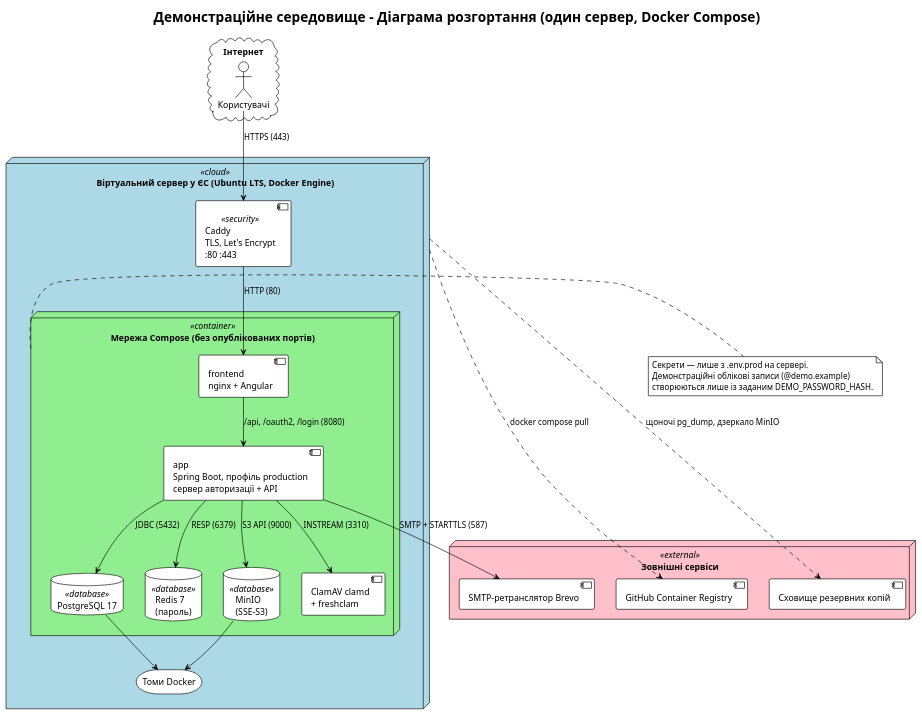
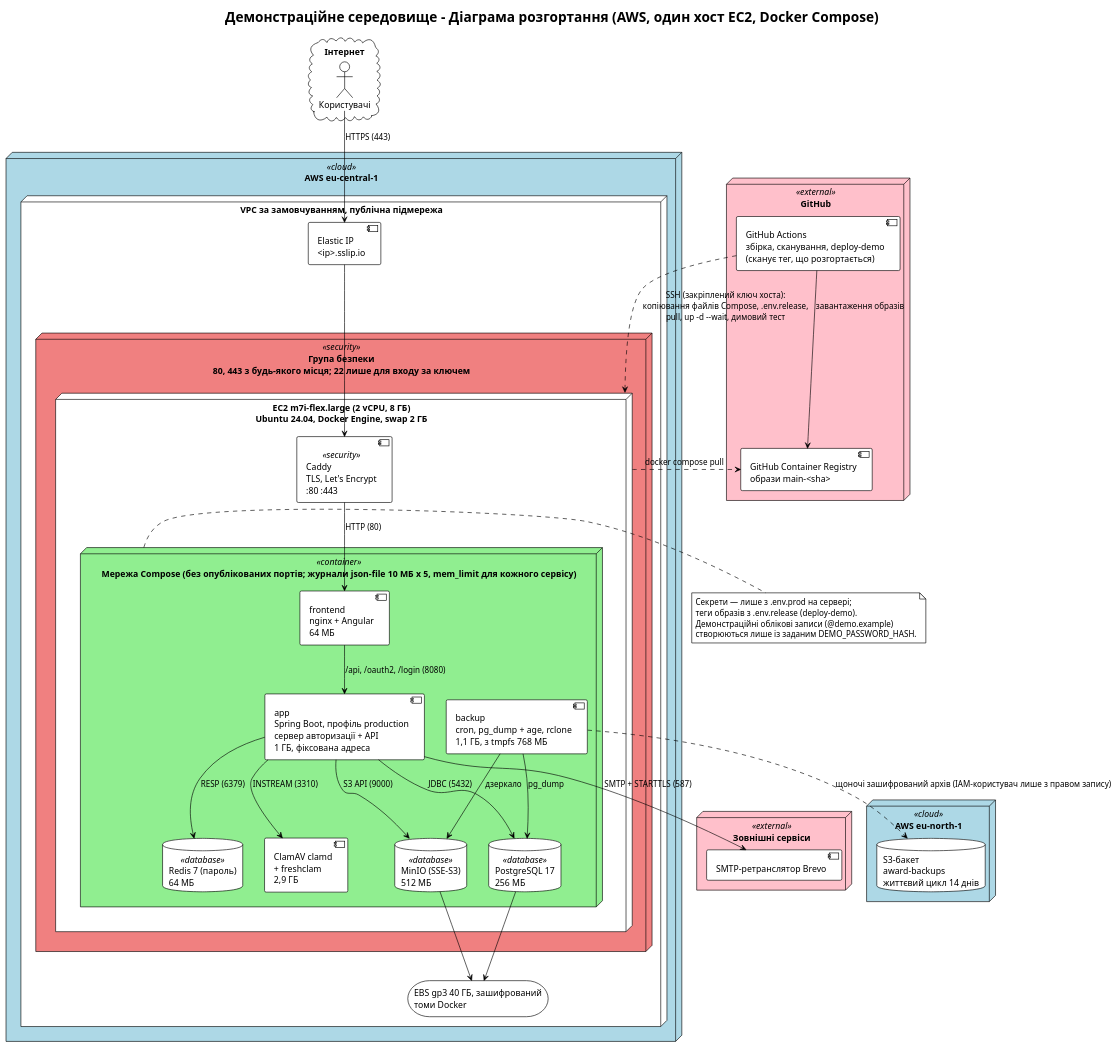
The diagram in docs/ua/diagrams/deployment-demo.puml (StKostyk/award-monitoring-system), drawn with PlantUML before and after one commit. The commit also changed 13 other files, not shown here.

First line of the commit message:
feat(deploy): add the demo deploy job, log rotation and memory limits

```diff
--- a/docs/ua/diagrams/deployment-demo.puml
+++ b/docs/ua/diagrams/deployment-demo.puml
@@ -1,63 +1,83 @@
 @startuml Deployment_Demo_UA
 ' =============================================================================
-' Демонстраційне розгортання для захисту дипломної роботи (ADR-021)
+' Демонстраційне розгортання для захисту дипломної роботи (ADR-021, доповнення 2026-11-11)
 ' Система Моніторингу та Відстеження Нагород
 ' =============================================================================
 
 !theme plain
 
 skinparam node {
     BackgroundColor<<cloud>> LightBlue
     BackgroundColor<<container>> LightGreen
     BackgroundColor<<database>> LightYellow
     BackgroundColor<<external>> Pink
     BackgroundColor<<security>> LightCoral
 }
 
-title Демонстраційне середовище - Діаграма розгортання (один сервер, Docker Compose)
+title Демонстраційне середовище - Діаграма розгортання (AWS, один хост EC2, Docker Compose)
 
 cloud "Інтернет" as internet {
     actor "Користувачі" as users
 }
 
-node "Віртуальний сервер у ЄС (Ubuntu LTS, Docker Engine)" <<cloud>> as host {
-    component [Caddy\nTLS, Let's Encrypt\n:80 :443] <<security>> as caddy
+node "AWS eu-central-1" <<cloud>> as region {
+    node "VPC за замовчуванням, публічна підмережа" as vpc {
+        component [Elastic IP\n<ip>.sslip.io] as eip
+        node "Група безпеки\n80, 443 з будь-якого місця; 22 лише для входу за ключем" <<security>> as sg {
+            node "EC2 m7i-flex.large (2 vCPU, 8 ГБ)\nUbuntu 24.04, Docker Engine, swap 2 ГБ" as host {
+                component [Caddy\nTLS, Let's Encrypt\n:80 :443] <<security>> as caddy
 
-    node "Мережа Compose (без опублікованих портів)" <<container>> as net {
-        component [frontend\nnginx + Angular] as frontend
-        component [app\nSpring Boot, профіль production\nсервер авторизації + API] as app
-        database "PostgreSQL 17" <<database>> as postgres
-        database "Redis 7\n(пароль)" <<database>> as redis
-        database "MinIO\n(SSE-S3)" <<database>> as minio
-        component [ClamAV clamd\n+ freshclam] as clamav
+                node "Мережа Compose (без опублікованих портів; журнали json-file 10 МБ x 5, mem_limit для кожного сервісу)" <<container>> as net {
+                    component [frontend\nnginx + Angular\n64 МБ] as frontend
+                    component [app\nSpring Boot, профіль production\nсервер авторизації + API\n1 ГБ, фіксована адреса] as app
+                    database "PostgreSQL 17\n256 МБ" <<database>> as postgres
+                    database "Redis 7 (пароль)\n64 МБ" <<database>> as redis
+                    database "MinIO (SSE-S3)\n512 МБ" <<database>> as minio
+                    component [ClamAV clamd\n+ freshclam\n2,9 ГБ] as clamav
+                    component [backup\ncron, pg_dump + age, rclone\n1,1 ГБ, з tmpfs 768 МБ] as backup
+                }
+            }
+        }
+        storage "EBS gp3 40 ГБ, зашифрований\nтоми Docker" as ebs
     }
+}
 
-    storage "Томи Docker" as volumes
+node "AWS eu-north-1" <<cloud>> as backupRegion {
+    database "S3-бакет\naward-backups\nжиттєвий цикл 14 днів" as s3
+}
+
+node "GitHub" <<external>> as github {
+    component [GitHub Actions\nзбірка, сканування, deploy-demo\n(сканує тег, що розгортається)] as actions
+    component [GitHub Container Registry\nобрази main-<sha>] as ghcr
 }
 
 node "Зовнішні сервіси" <<external>> as external {
     component [SMTP-ретранслятор Brevo] as smtp
-    component [GitHub Container Registry] as ghcr
-    component [Сховище резервних копій] as backup
 }
 
-users --> caddy : HTTPS (443)
+users --> eip : HTTPS (443)
+eip --> caddy
 caddy --> frontend : HTTP (80)
 frontend --> app : /api, /oauth2, /login (8080)
 app --> postgres : JDBC (5432)
 app --> redis : RESP (6379)
 app --> minio : S3 API (9000)
 app --> clamav : INSTREAM (3310)
 app --> smtp : SMTP + STARTTLS (587)
-postgres --> volumes
-minio --> volumes
+postgres --> ebs
+minio --> ebs
+backup --> postgres : pg_dump
+backup --> minio : дзеркало
+backup ..> s3 : щоночі зашифрований архів (IAM-користувач лише з правом запису)
+actions --> ghcr : завантаження образів
+actions ..> host : SSH (закріплений ключ хоста):\nкопіювання файлів Compose, .env.release,\npull, up -d --wait, димовий тест
 host ..> ghcr : docker compose pull
-host ..> backup : щоночі pg_dump, дзеркало MinIO
 
 note right of net
-    Секрети — лише з .env.prod на сервері.
+    Секрети — лише з .env.prod на сервері;
+    теги образів з .env.release (deploy-demo).
     Демонстраційні облікові записи (@demo.example)
     створюються лише із заданим DEMO_PASSWORD_HASH.
 end note
 
 @enduml
```
